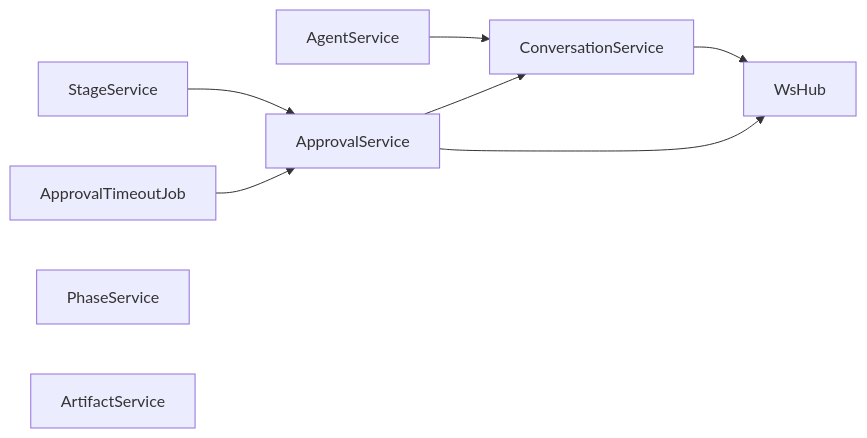
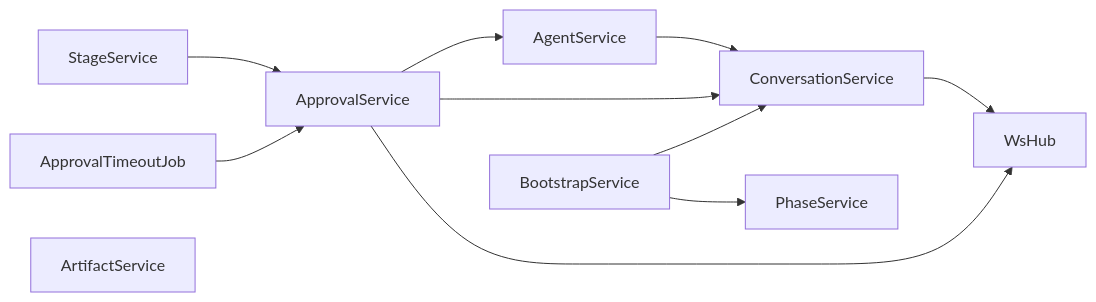
One commit to AI-Agent-Jeon/ClaudeManager-v2 changed the second of 2 diagrams in docs/analysis/anl-002-dependency-map.md. Above: the diagram before and after it, drawn with Mermaid. The commit also changed other lines of this file and 10 other files, not shown here.

````diff
--- a/docs/analysis/anl-002-dependency-map.md
+++ b/docs/analysis/anl-002-dependency-map.md
@@ -180,11 +184,13 @@
 ```mermaid
 graph LR
-    Agent["AgentService"] --> Conv["ConversationService"]
-    Approval["ApprovalService"] --> Conv
-    Stage["StageService"] --> Approval
+    Stage["StageService"] --> Approval["ApprovalService"]
+    Approval --> Agent["AgentService"]
+    Agent --> Conv["ConversationService"]
+    Approval --> Conv
     Job["ApprovalTimeoutJob"] --> Approval
+    Boot["BootstrapService"] --> Conv
+    Boot --> Phase["PhaseService"]
     Conv --> Hub["WsHub"]
     Approval --> Hub
-    Phase["PhaseService"]
     Artifact["ArtifactService"]
 ```
````
